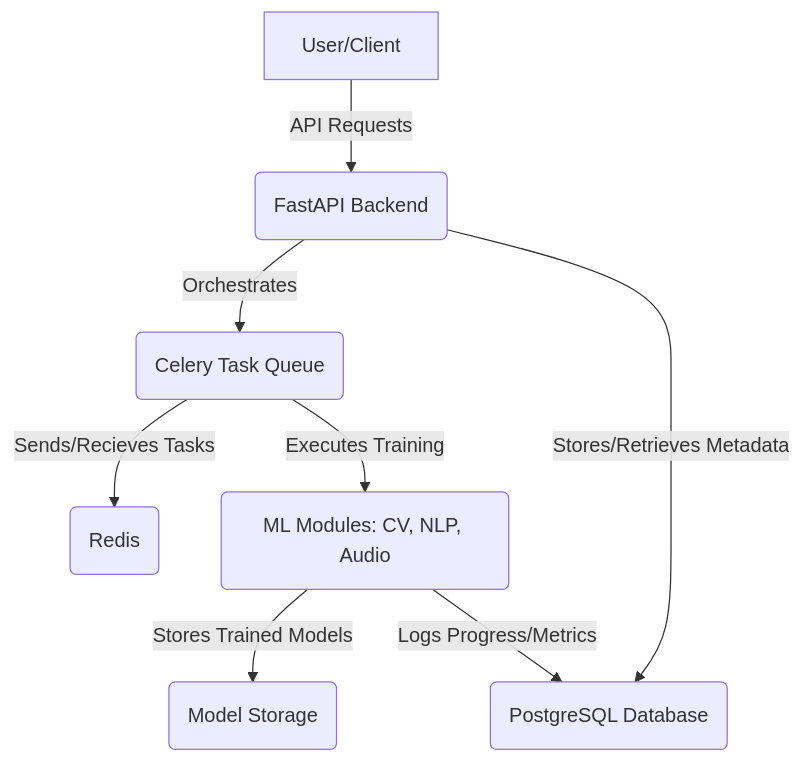
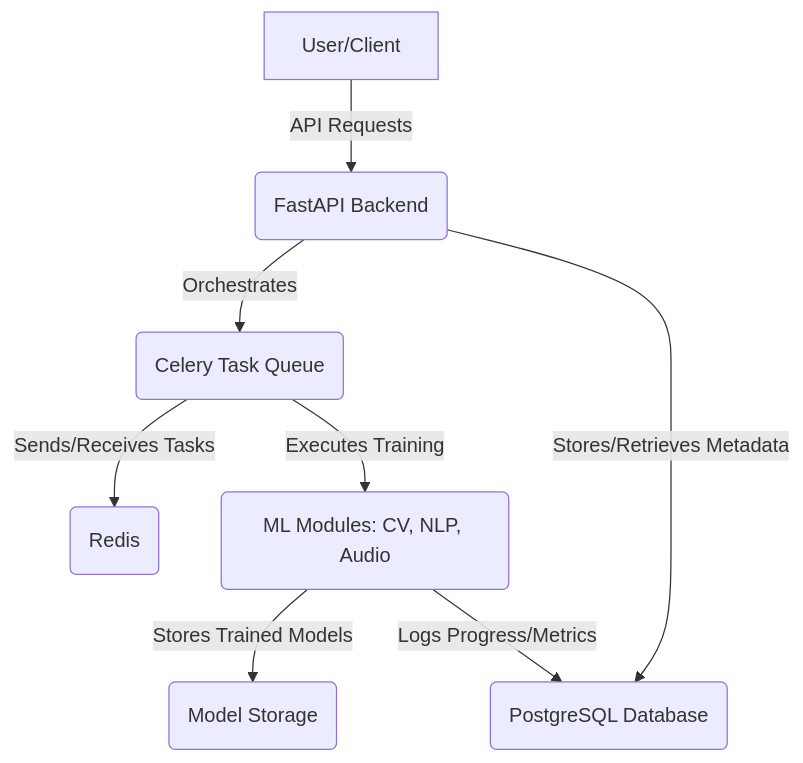
Before and after one commit to DonKeng22/potential-lamp: the first of 2 diagrams in docs/project_status/project_plan.md, drawn with Mermaid.

Commit message:
docs: fix task diagram spelling

````diff
--- a/docs/project_status/project_plan.md
+++ b/docs/project_status/project_plan.md
@@ -27,10 +27,10 @@
 ```mermaid
 graph TD
     A[User/Client] -->|API Requests| B(FastAPI Backend)
     B -->|Orchestrates| C(Celery Task Queue)
-    C -->|Sends/Recieves Tasks| D(Redis)
+    C -->|Sends/Receives Tasks| D(Redis)
     B -->|Stores/Retrieves Metadata| E(PostgreSQL Database)
     C -->|Executes Training| F(ML Modules: CV, NLP, Audio)
     F -->|Stores Trained Models| G(Model Storage)
     F -->|Logs Progress/Metrics| E
 ```
````
